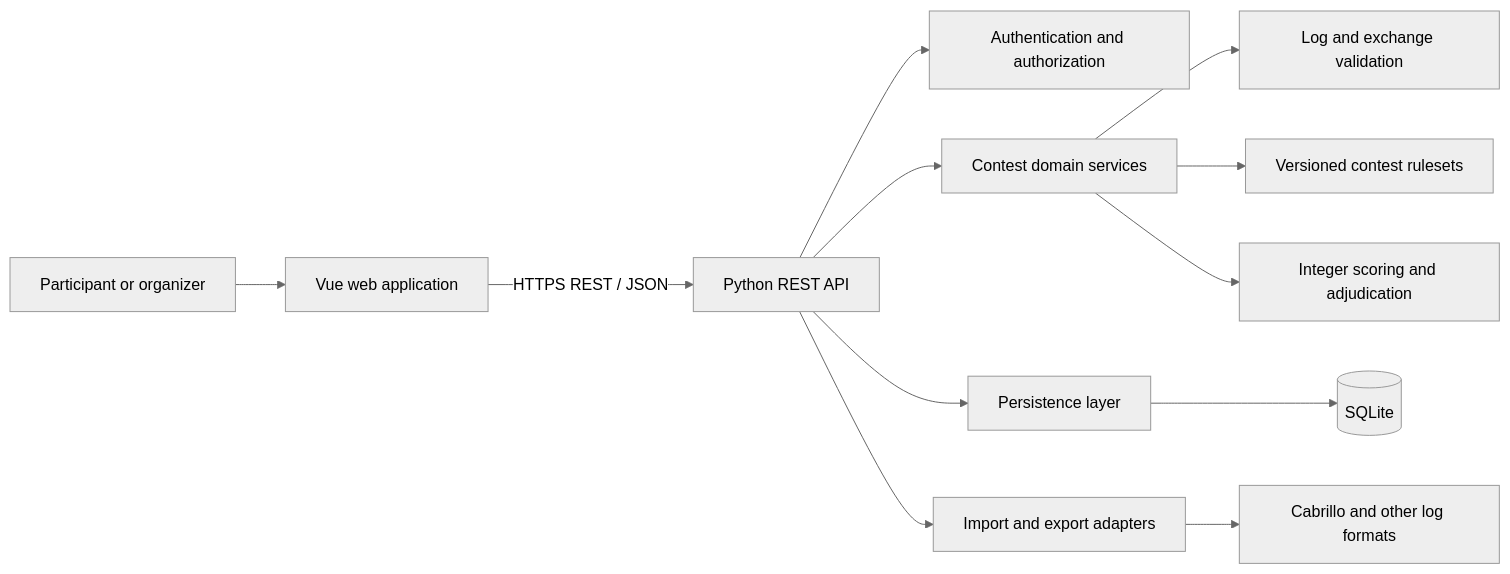
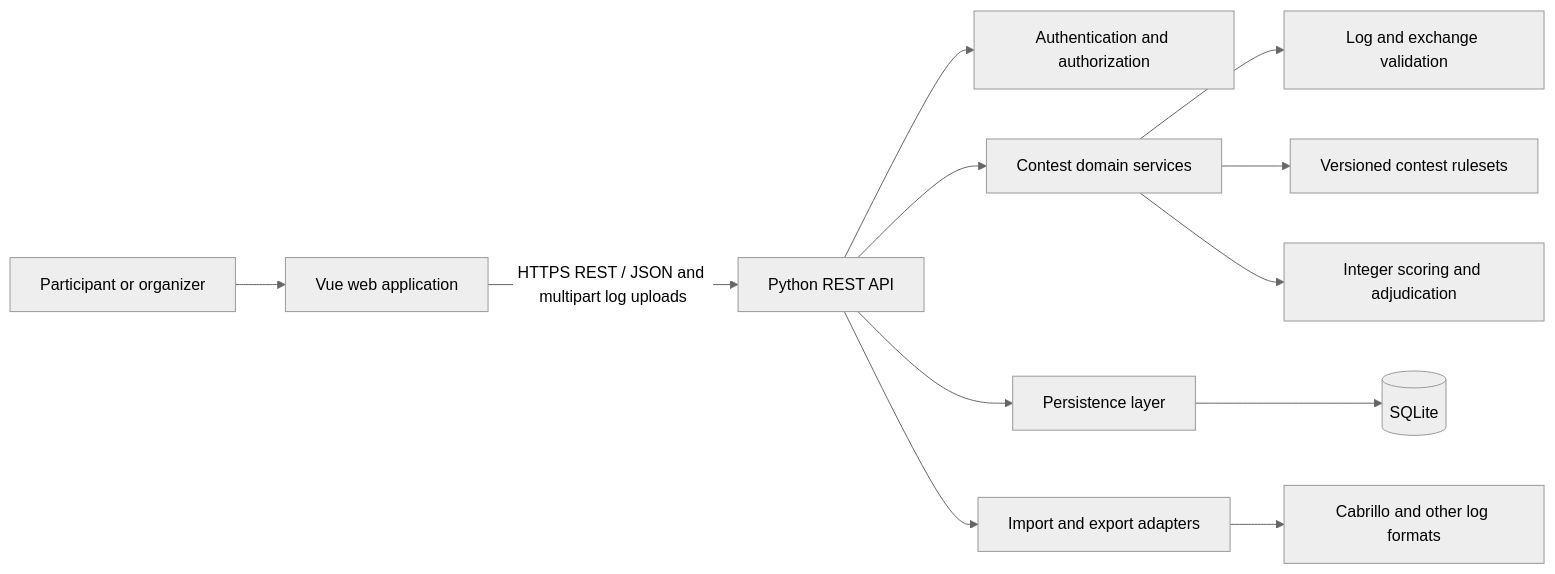
One commit to ea7klk/contestmaster changed the first of 2 diagrams in documentation/README.md. Above: the diagram before and after it, drawn with Mermaid (neutral theme). The commit also changed other lines of this file, not shown here.

Commit message:
Document log uploads in application architecture

````diff
--- a/documentation/README.md
+++ b/documentation/README.md
@@ -40,14 +40,14 @@
 ```mermaid
 flowchart LR
     Person[Participant or organizer] --> Web[Vue web application]
-    Web -->|HTTPS REST / JSON| API[Python REST API]
+    Web -->|HTTPS REST / JSON and multipart log uploads| API[Python REST API]
     API --> Auth[Authentication and authorization]
     API --> Domain[Contest domain services]
     Domain --> Validation[Log and exchange validation]
     Domain --> Rules[Versioned contest rulesets]
     Domain --> Scoring[Integer scoring and adjudication]
     API --> Store[Persistence layer]
     Store --> DB[(SQLite)]
     API --> Adapters[Import and export adapters]
     Adapters --> Formats[Cabrillo and other log formats]
 ```
````
